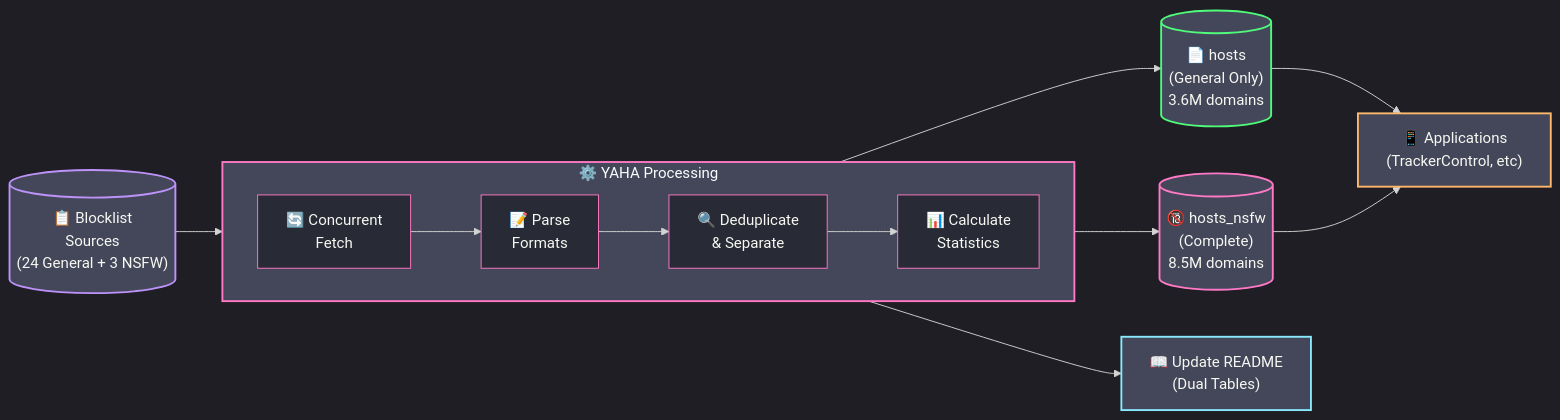
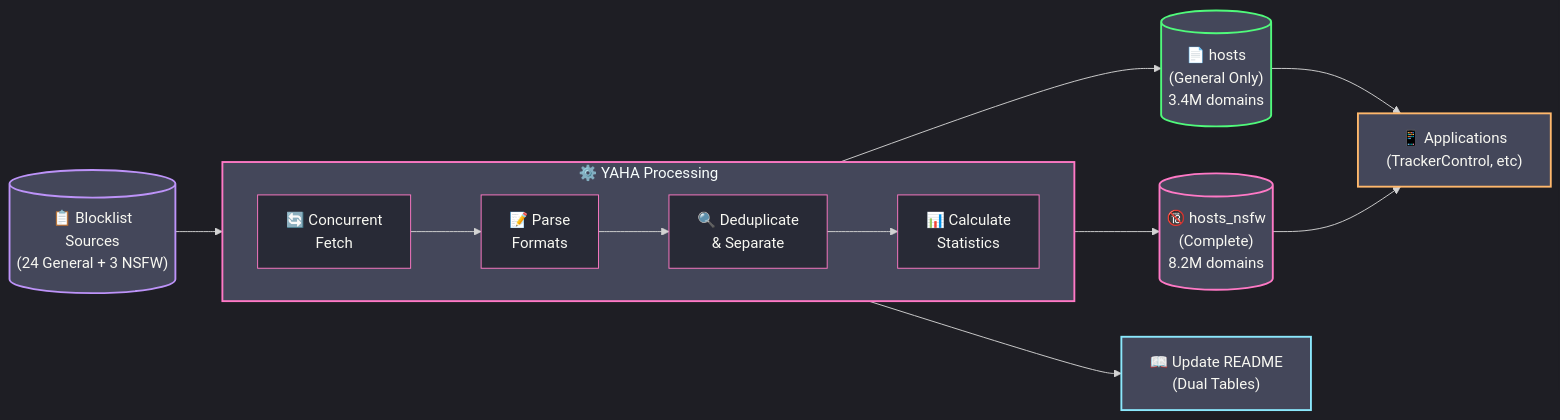
The diagram in README.md (scottdraper8/yaha), drawn with Mermaid before and after one commit. The commit also changed other lines of this file, not shown here.

````diff
--- a/README.md
+++ b/README.md
@@ -42,35 +42,35 @@
 ```mermaid
 %%{init: {'theme': 'dark', 'themeVariables': {
     'primaryColor': '#ff79c6',
     'secondaryColor': '#bd93f9',
     'tertiaryColor': '#44475a',
     'mainBkg': '#282a36',
     'nodeBorder': '#ff79c6',
     'clusterBkg': '#44475a',
     'clusterBorder': '#bd93f9',
     'textColor': '#f8f8f2'
 }}}%%
 flowchart LR
     Sources[("📋 Blocklist<br/>Sources<br/>(24 General + 3 NSFW)")] --> Fetch
 
     subgraph Process["⚙️ YAHA Processing"]
         direction LR
         Fetch["🔄 Concurrent<br/>Fetch"] --> Parse["📝 Parse<br/>Formats"]
         Parse --> Dedupe["🔍 Deduplicate<br/>& Separate"]
         Dedupe --> Stats["📊 Calculate<br/>Statistics"]
     end
 
-    Stats --> Output1[("📄 hosts<br/>(General Only)<br/>3.6M domains")]
-    Stats --> Output2[("🔞 hosts_nsfw<br/>(Complete)<br/>8.5M domains")]
+    Stats --> Output1[("📄 hosts<br/>(General Only)<br/>3.4M domains")]
+    Stats --> Output2[("🔞 hosts_nsfw<br/>(Complete)<br/>8.2M domains")]
     Stats --> README["📖 Update README<br/>(Dual Tables)"]
 
     Output1 --> Apps["📱 Applications<br/>(TrackerControl, etc)"]
     Output2 --> Apps
 
     style Sources fill:#44475a,stroke:#bd93f9,stroke-width:2px
     style Process fill:#44475a,stroke:#ff79c6,stroke-width:2px
     style Output1 fill:#44475a,stroke:#50fa7b,stroke-width:2px
     style Output2 fill:#44475a,stroke:#ff79c6,stroke-width:2px
     style README fill:#44475a,stroke:#8be9fd,stroke-width:2px
     style Apps fill:#44475a,stroke:#ffb86c,stroke-width:2px
 ```
````
